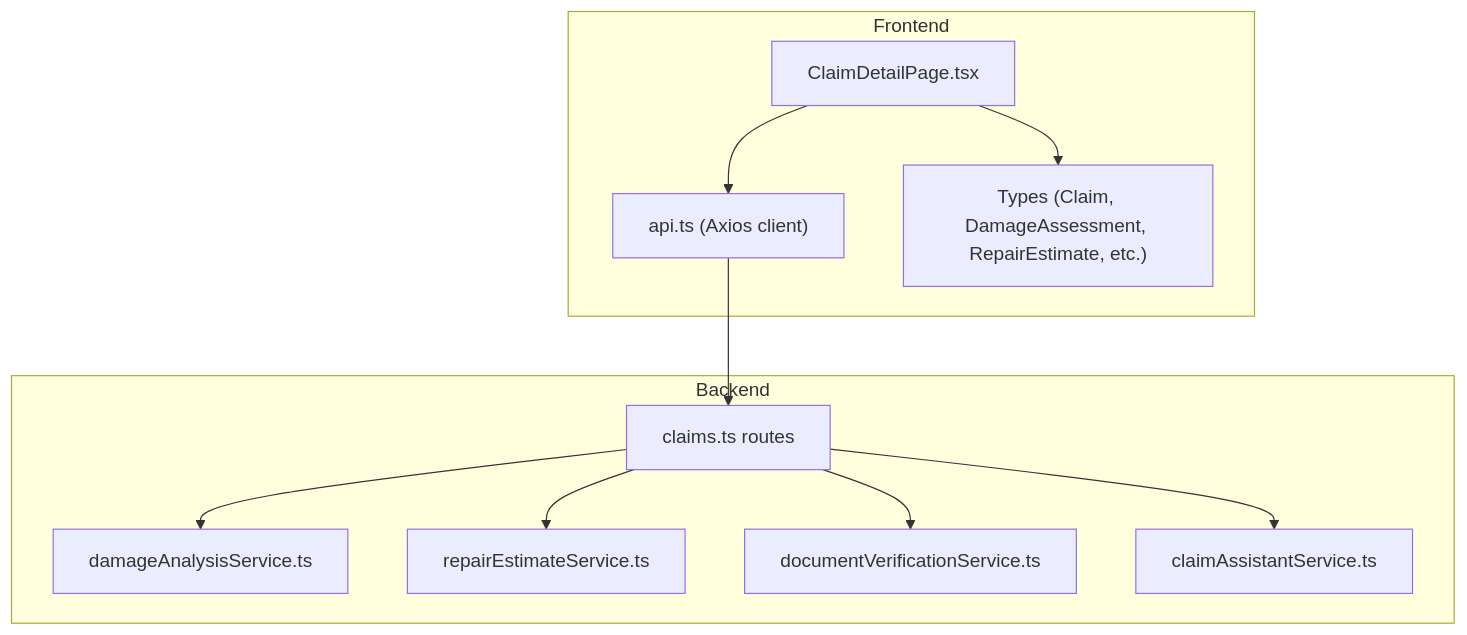
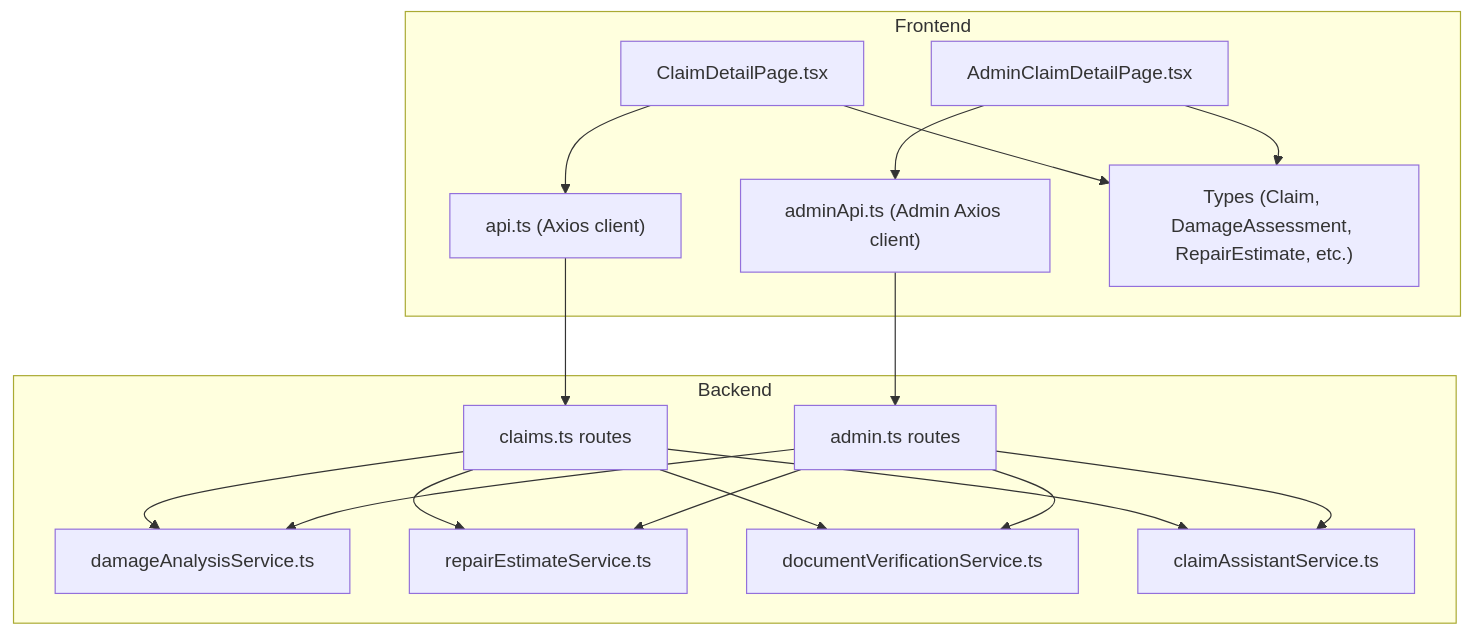
The first of 3 diagrams in .qoder/repowiki/en/content/Frontend Documentation/Pages and Views/User Pages/Claim Detail Page.md (NaveenHiranya/Smart-Vehicle-Insurance-Claim-System), drawn with Mermaid before and after one commit. The commit also changed other lines of this file and 9 other files, not shown here.

````diff
--- a/.qoder/repowiki/en/content/Frontend Documentation/Pages and Views/User Pages/Claim Detail Page.md
+++ b/.qoder/repowiki/en/content/Frontend Documentation/Pages and Views/User Pages/Claim Detail Page.md
@@ -32,22 +42,32 @@
 ```mermaid
 graph TB
 subgraph "Frontend"
 CDP["ClaimDetailPage.tsx"]
+ACDP["AdminClaimDetailPage.tsx"]
 API["api.ts (Axios client)"]
+AAPI["adminApi.ts (Admin Axios client)"]
 TYPES["Types (Claim, DamageAssessment, RepairEstimate, etc.)"]
 end
 subgraph "Backend"
 ROUTES["claims.ts routes"]
+AROUTES["admin.ts routes"]
 DAST["damageAnalysisService.ts"]
 RES["repairEstimateService.ts"]
 DVS["documentVerificationService.ts"]
 CAS["claimAssistantService.ts"]
 end
 CDP --> API
+ACDP --> AAPI
 API --> ROUTES
+AAPI --> AROUTES
 ROUTES --> DAST
 ROUTES --> RES
 ROUTES --> DVS
 ROUTES --> CAS
+AROUTES --> DAST
+AROUTES --> RES
+AROUTES --> DVS
+AROUTES --> CAS
 CDP --> TYPES
+ACDP --> TYPES
 ```
````
